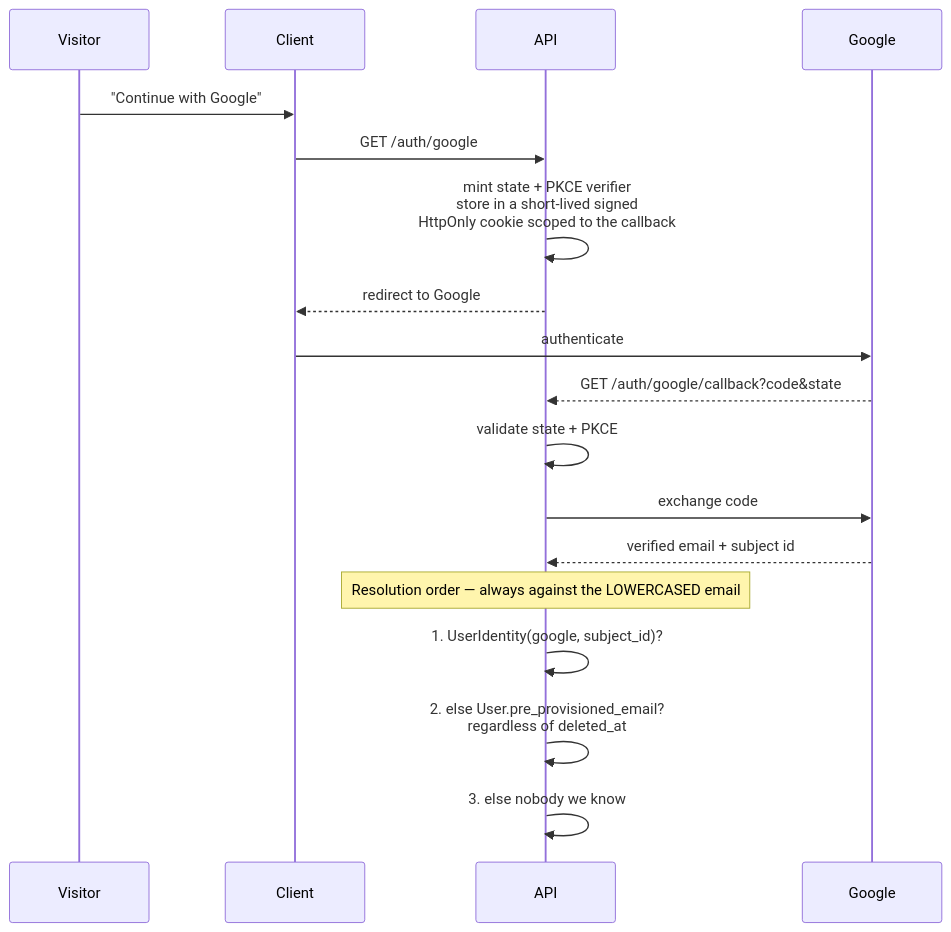
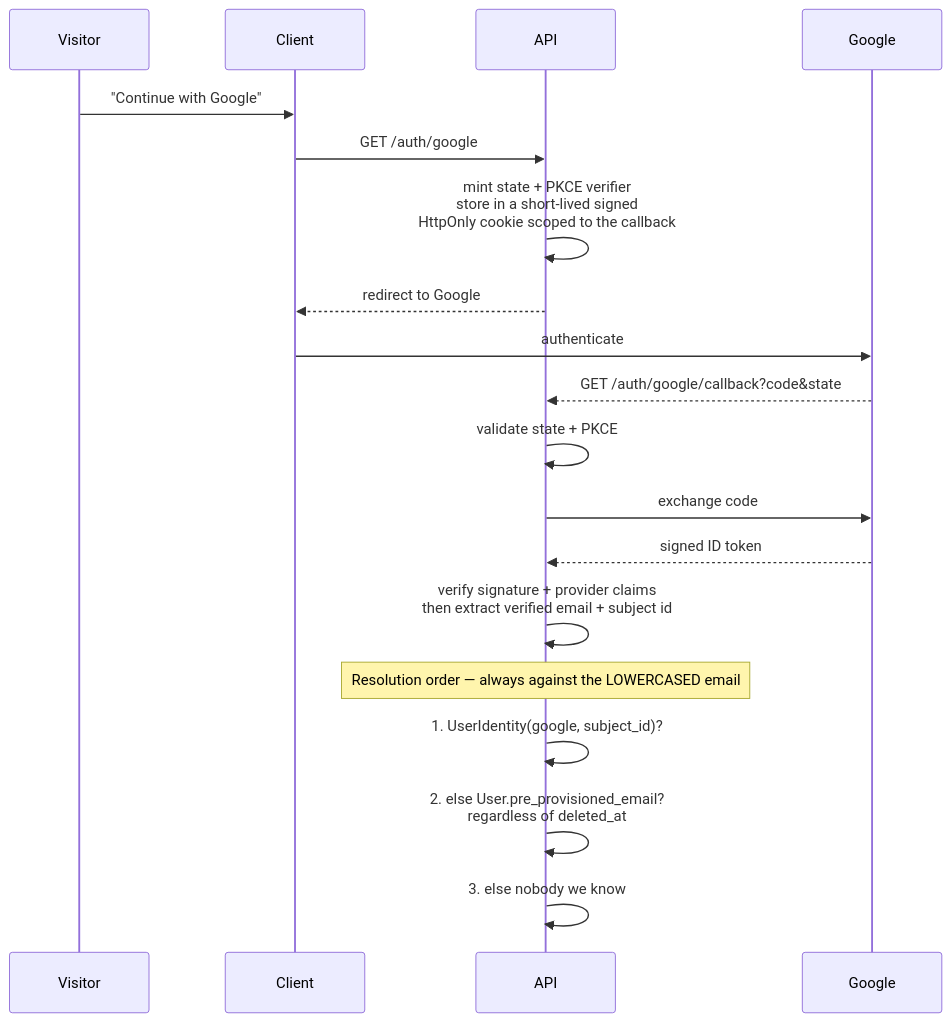
The first of 2 diagrams in docs/architecture/identity-and-access.md (safaeelmessoussi/bodouralamal), drawn with Mermaid before and after one commit. The commit also changed other lines of this file and 11 other files, not shown here.

````diff
--- a/docs/architecture/identity-and-access.md
+++ b/docs/architecture/identity-and-access.md
@@ -33,22 +33,23 @@
 ```mermaid
 sequenceDiagram
     participant V as Visitor
     participant C as Client
     participant A as API
     participant G as Google
 
     V->>C: "Continue with Google"
     C->>A: GET /auth/google
     A->>A: mint state + PKCE verifier<br/>store in a short-lived signed<br/>HttpOnly cookie scoped to the callback
     A-->>C: redirect to Google
     C->>G: authenticate
     G-->>A: GET /auth/google/callback?code&state
     A->>A: validate state + PKCE
     A->>G: exchange code
-    G-->>A: verified email + subject id
+    G-->>A: signed ID token
+    A->>A: verify signature + provider claims<br/>then extract verified email + subject id
 
     Note over A: Resolution order — always against the LOWERCASED email
     A->>A: 1. UserIdentity(google, subject_id)?
     A->>A: 2. else User.pre_provisioned_email?<br/>   regardless of deleted_at
     A->>A: 3. else nobody we know
 ```
````
